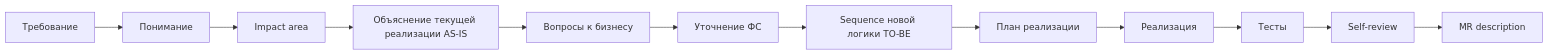
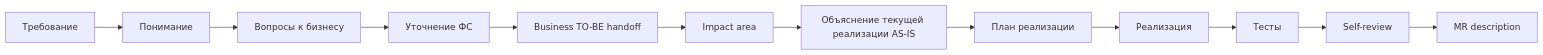
Before and after one commit to 0Lilhate/doklad: the diagram in talk/AI-Agent Delivery Workflow.md, drawn with Mermaid. The commit also changed other lines of this file and 10 other files, not shown here.

````diff
--- a/talk/AI-Agent Delivery Workflow.md
+++ b/talk/AI-Agent Delivery Workflow.md
@@ -122,14 +122,14 @@
 ```mermaid
 flowchart LR
     A[Требование] --> B[Понимание]
-    B --> C[Impact area]
-    C --> D[Объяснение текущей реализации AS-IS]
-    D --> E[Вопросы к бизнесу]
-    E --> F[Уточнение ФС]
-    F --> G[Sequence новой логики TO-BE]
+    B --> C[Вопросы к бизнесу]
+    C --> D[Уточнение ФС]
+    D --> E[Business TO-BE handoff]
+    E --> F[Impact area]
+    F --> G[Объяснение текущей реализации AS-IS]
     G --> H[План реализации]
     H --> I[Реализация]
     I --> J[Тесты]
     J --> K[Self-review]
     K --> L[MR description]
 ```
````
